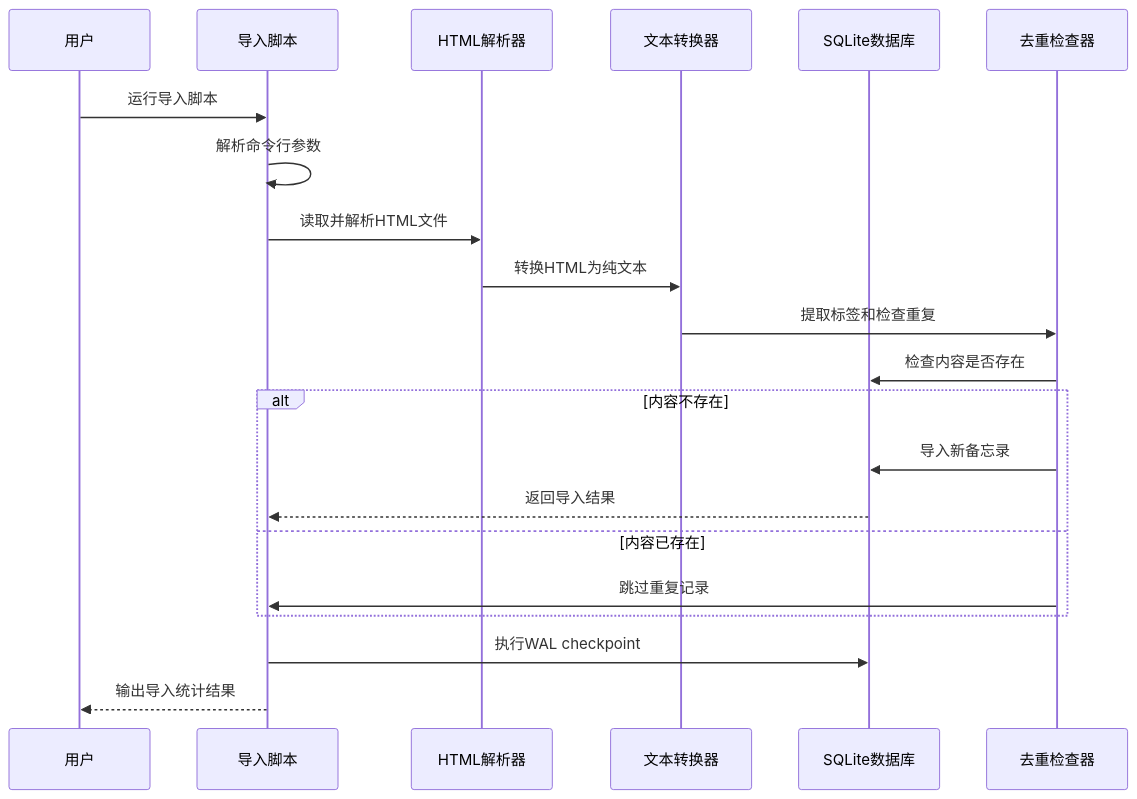
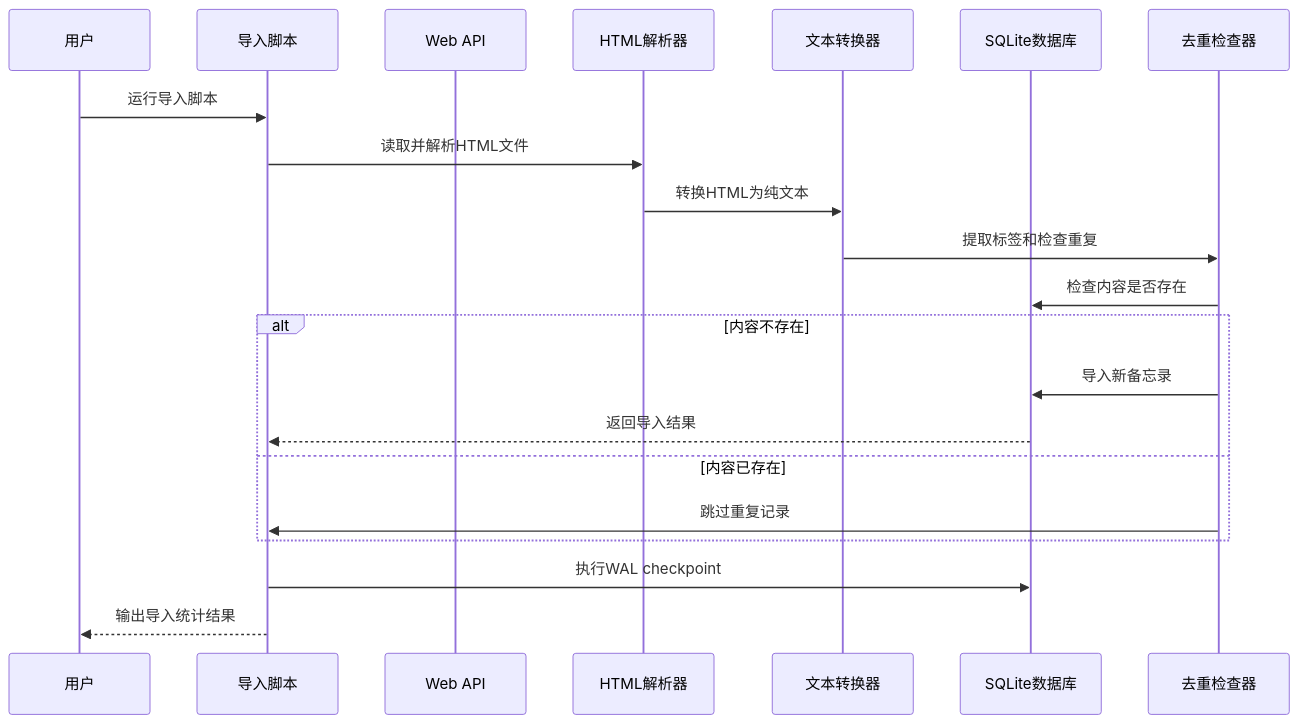
Before and after one commit to BlackBoxRecorder/memos: the second of 8 diagrams in .qoder/repowiki/zh/content/前端应用/Admin管理界面/导入导出功能/Flomo HTML导入脚本.md, drawn with Mermaid. The commit also changed other lines of this file and 19 other files, not shown here.

````diff
--- a/.qoder/repowiki/zh/content/前端应用/Admin管理界面/导入导出功能/Flomo HTML导入脚本.md
+++ b/.qoder/repowiki/zh/content/前端应用/Admin管理界面/导入导出功能/Flomo HTML导入脚本.md
@@ -104,23 +124,23 @@
 ```mermaid
 sequenceDiagram
 participant User as 用户
 participant Script as 导入脚本
+participant API as Web API
 participant Parser as HTML解析器
 participant Converter as 文本转换器
 participant DB as SQLite数据库
 participant Checker as 去重检查器
 User->>Script : 运行导入脚本
-Script->>Script : 解析命令行参数
 Script->>Parser : 读取并解析HTML文件
 Parser->>Converter : 转换HTML为纯文本
 Converter->>Checker : 提取标签和检查重复
 Checker->>DB : 检查内容是否存在
 alt 内容不存在
 Checker->>DB : 导入新备忘录
 DB-->>Script : 返回导入结果
 else 内容已存在
 Checker->>Script : 跳过重复记录
 end
 Script->>DB : 执行WAL checkpoint
 Script-->>User : 输出导入统计结果
 ```
````
